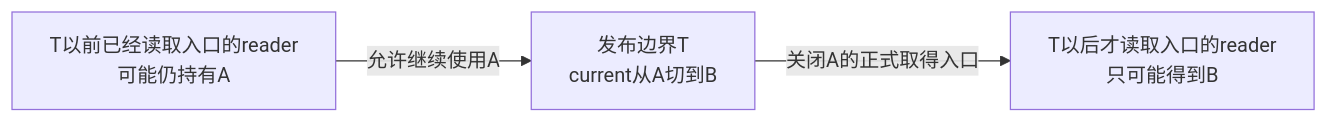
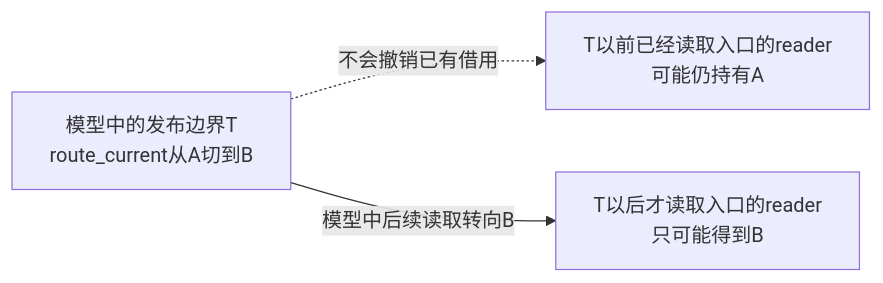
Before and after one commit to FormingSystem/linux_note: the first of 3 diagrams in knowledge/linux/synchronization_and_asynchrony/synchronization/rcu/P02_RCU_抽象机制推演.md, drawn with Mermaid. The commit also changed other lines of this file and 6 other files, not shown here.

````diff
--- a/knowledge/linux/synchronization_and_asynchrony/synchronization/rcu/P02_RCU_抽象机制推演.md
+++ b/knowledge/linux/synchronization_and_asynchrony/synchronization/rcu/P02_RCU_抽象机制推演.md
@@ -87,9 +87,9 @@
 ```mermaid
 flowchart LR
     R0["T以前已经读取入口的reader<br/>可能仍持有A"]
-    T["发布边界T<br/>current从A切到B"]
+    T["模型中的发布边界T<br/>route_current从A切到B"]
     R1["T以后才读取入口的reader<br/>只可能得到B"]
 
-    R0 -->|"允许继续使用A"| T
-    T -->|"关闭A的正式取得入口"| R1
+    T -.->|"不会撤销已有借用"| R0
+    T -->|"模型中后续读取转向B"| R1
 ```
````
